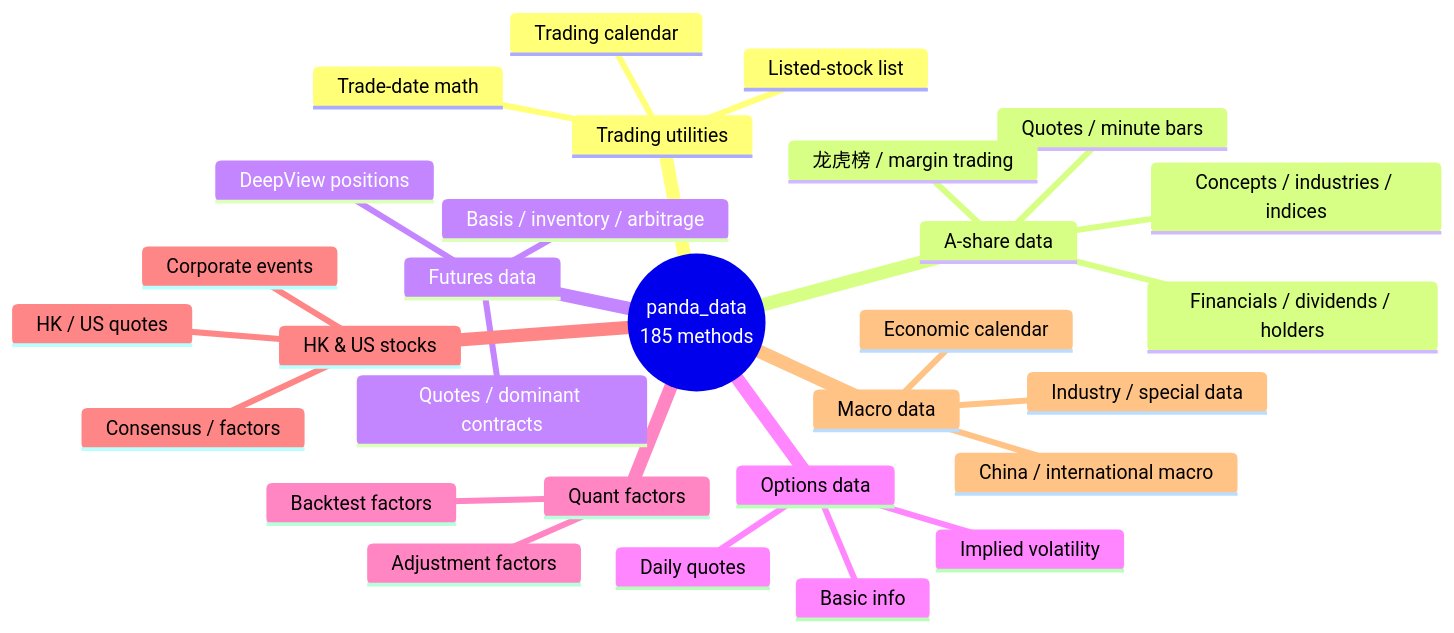
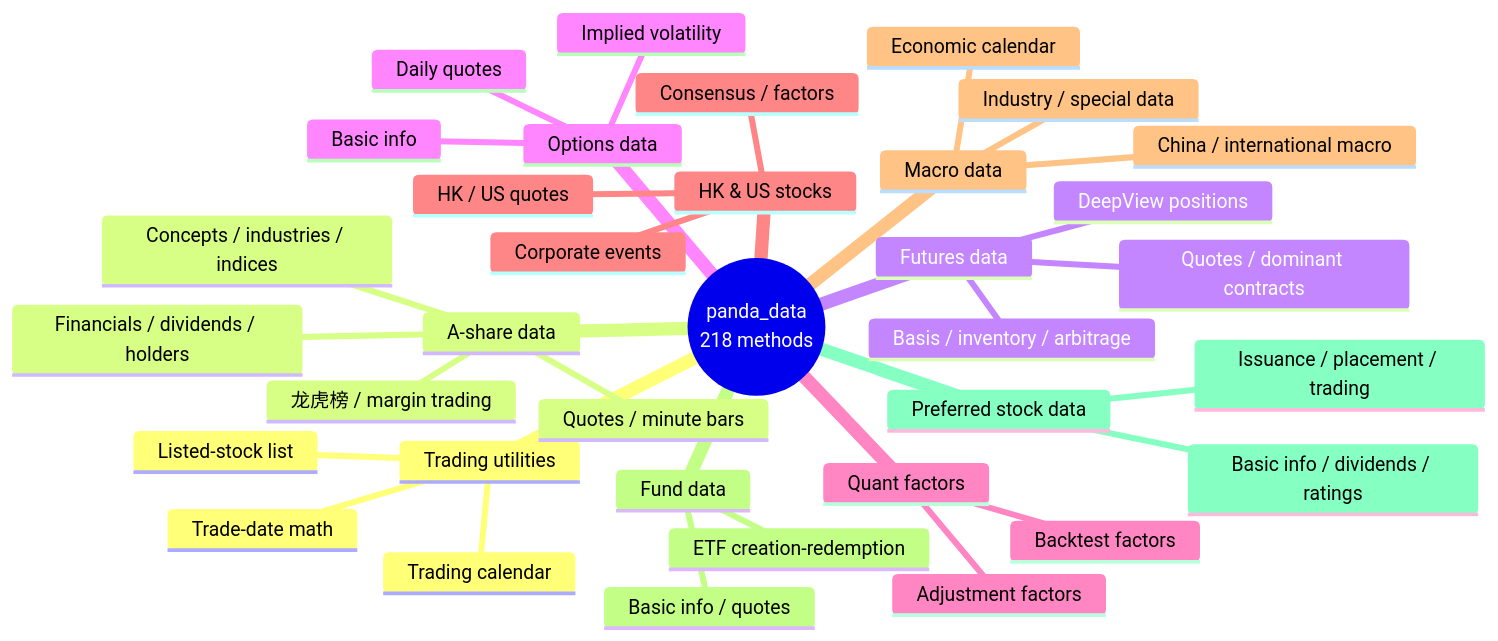
The first of 2 diagrams in README.en.md (quantskills/skill-pandadata-api), drawn with Mermaid before and after one commit. The commit also changed other lines of this file and 10 other files, not shown here.

````diff
--- a/README.en.md
+++ b/README.en.md
@@ -35,32 +35,38 @@
 ```mermaid
 mindmap
-  root((panda_data<br/>185 methods))
+  root((panda_data<br/>218 methods))
     Trading utilities
       Trading calendar
       Trade-date math
       Listed-stock list
     A-share data
       Quotes / minute bars
       Concepts / industries / indices
       龙虎榜 / margin trading
       Financials / dividends / holders
     Futures data
       Quotes / dominant contracts
       DeepView positions
       Basis / inventory / arbitrage
     Options data
       Basic info
       Daily quotes
       Implied volatility
     Quant factors
       Backtest factors
       Adjustment factors
     HK & US stocks
       HK / US quotes
       Corporate events
       Consensus / factors
     Macro data
       China / international macro
       Industry / special data
       Economic calendar
+    Fund data
+      Basic info / quotes
+      ETF creation-redemption
+    Preferred stock data
+      Basic info / dividends / ratings
+      Issuance / placement / trading
 ```
````
